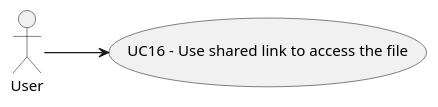
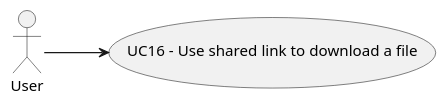
Before and after one commit to joaotorres28/ParticularProject: the diagram in docs/Global_Artifacts/Design/Level1/Uc_Folder/UC16/UC16.puml, drawn with PlantUML. The commit also changed 25 other files, not shown here.

```diff
--- a/docs/Global_Artifacts/Design/Level1/Uc_Folder/UC16/UC16.puml
+++ b/docs/Global_Artifacts/Design/Level1/Uc_Folder/UC16/UC16.puml
@@ -1,9 +1,9 @@
 @startuml
 
 left to right direction
 actor User
 
-usecase UC16 as "UC16 - Use shared link to access the file"
+usecase UC16 as "UC16 - Use shared link to download a file"
 User --> UC16
 
 @enduml
```
